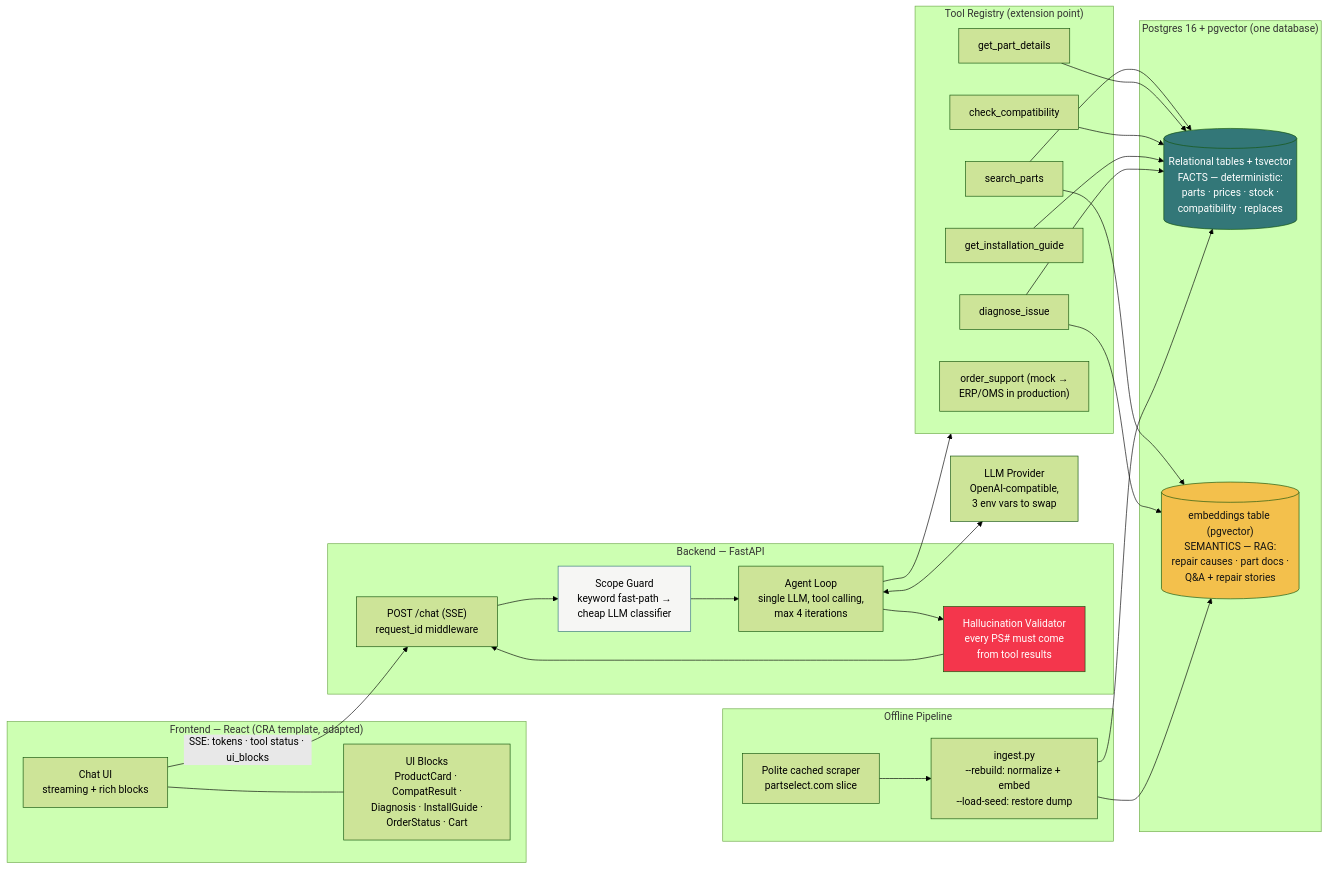
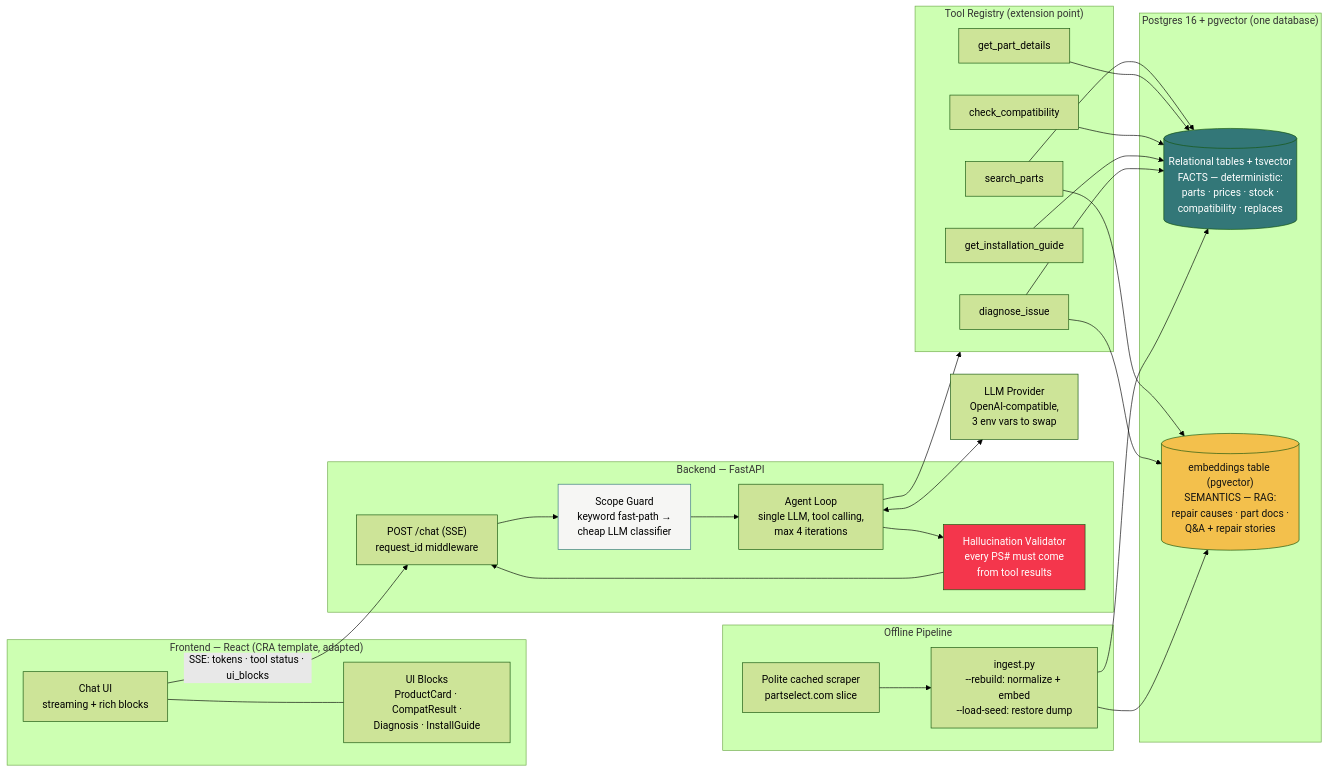
The first of 2 diagrams in README.md (ScooterStuff/case-study), drawn with Mermaid (forest theme) before and after one commit. The commit also changed other lines of this file and 19 other files, not shown here.

First line of the commit message:
feat(ui): photo-to-model-number via client-side OCR; drop mock order tool

````diff
--- a/README.md
+++ b/README.md
@@ -71,52 +76,51 @@
 ```mermaid
 flowchart LR
     subgraph CLIENT["Frontend — React (CRA template, adapted)"]
         UI["Chat UI<br/>streaming + rich blocks"]
-        BLOCKS["UI Blocks<br/>ProductCard · CompatResult ·<br/>Diagnosis · InstallGuide ·<br/>OrderStatus · Cart"]
+        BLOCKS["UI Blocks<br/>ProductCard · CompatResult ·<br/>Diagnosis · InstallGuide"]
         UI --- BLOCKS
     end
 
     subgraph API["Backend — FastAPI"]
         SSE["POST /chat (SSE)<br/>request_id middleware"]
         GUARD["Scope Guard<br/>keyword fast-path →<br/>cheap LLM classifier"]
         AGENT["Agent Loop<br/>single LLM, tool calling,<br/>max 4 iterations"]
         VAL["Hallucination Validator<br/>every PS# must come<br/>from tool results"]
         SSE --> GUARD --> AGENT --> VAL --> SSE
     end
 
     subgraph TOOLS["Tool Registry (extension point)"]
         T1["search_parts"]
         T2["get_part_details"]
         T3["check_compatibility"]
         T4["diagnose_issue"]
         T5["get_installation_guide"]
-        T6["order_support (mock →<br/>ERP/OMS in production)"]
     end
 
     subgraph DATA["Postgres 16 + pgvector (one database)"]
         SQL[("Relational tables + tsvector<br/>FACTS — deterministic:<br/>parts · prices · stock ·<br/>compatibility · replaces")]
         VEC[("embeddings table (pgvector)<br/>SEMANTICS — RAG:<br/>repair causes · part docs ·<br/>Q&A + repair stories")]
     end
 
     subgraph PIPELINE["Offline Pipeline"]
         SCRAPER["Polite cached scraper<br/>partselect.com slice"]
         INGEST["ingest.py<br/>--rebuild: normalize + embed<br/>--load-seed: restore dump"]
         SCRAPER --> INGEST
     end
 
     LLM["LLM Provider<br/>OpenAI-compatible,<br/>3 env vars to swap"]
 
     UI -- "SSE: tokens · tool status · ui_blocks" --> SSE
     AGENT <--> LLM
     AGENT --> TOOLS
     T1 & T2 & T3 & T5 --> SQL
     T1 & T4 --> VEC
     T4 --> SQL
     INGEST --> SQL
     INGEST --> VEC
 
     style SQL fill:#337778,color:#fff
     style VEC fill:#f3c04c,color:#121212
     style VAL fill:#f4364c,color:#fff
     style GUARD fill:#f6f6f4,stroke:#337778
 ```
````
